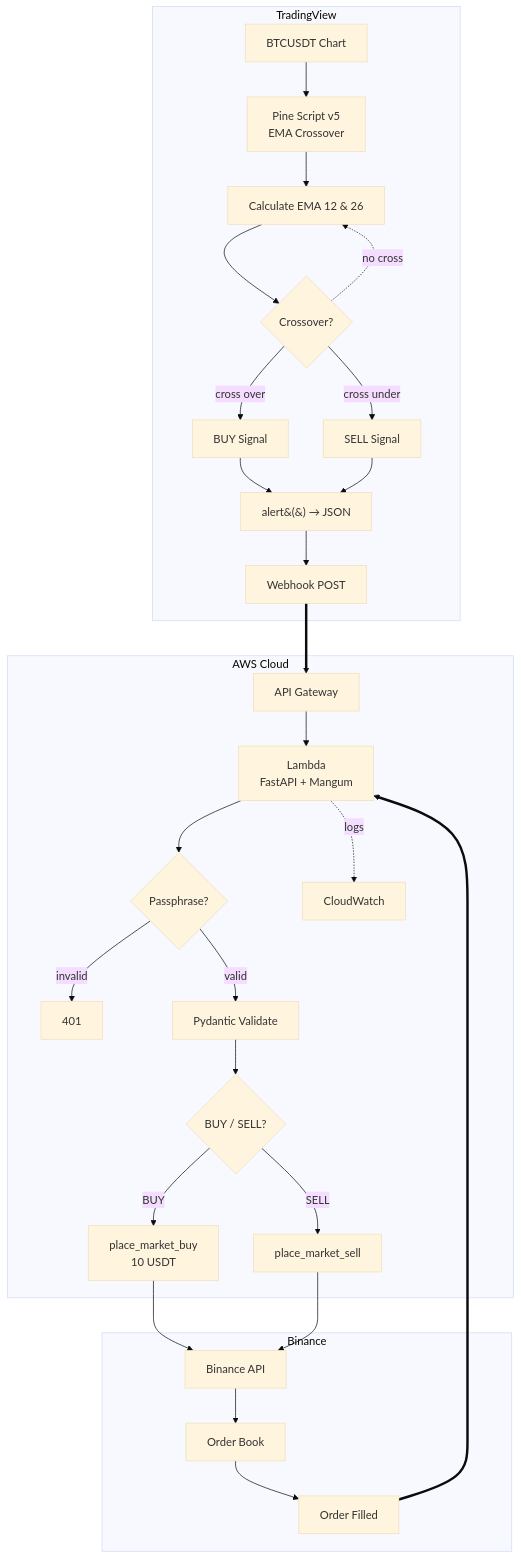
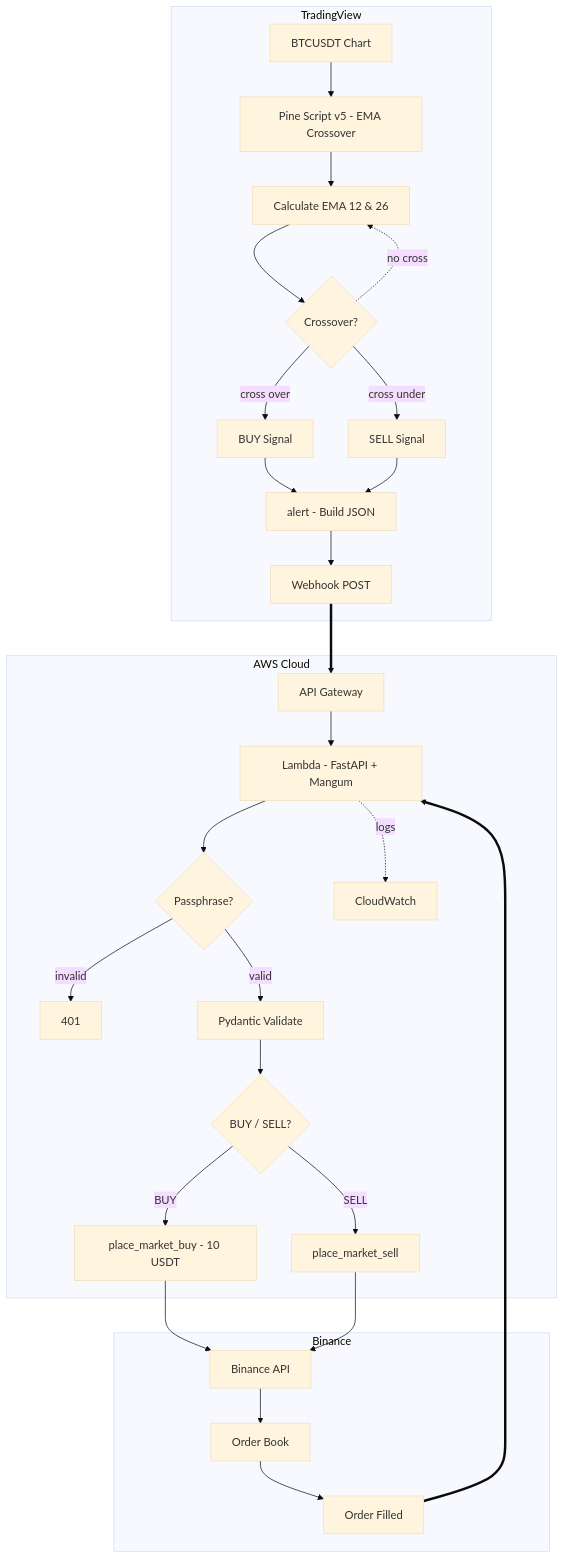
The first of 3 diagrams in docs/ARCHITECTURE.md (frame-set-hub/trading-bot-poc), drawn with Mermaid (base theme) before and after one commit. The commit also changed other lines of this file, not shown here.

Commit message:
docs: Update Mermaid diagram labels for improved readability and conciseness.

````diff
--- a/docs/ARCHITECTURE.md
+++ b/docs/ARCHITECTURE.md
@@ -5,35 +5,35 @@
 ```mermaid
 flowchart TB
     subgraph TV ["TradingView"]
-        CHART["BTCUSDT Chart"] --> PINE["Pine Script v5\nEMA Crossover"]
+        CHART["BTCUSDT Chart"] --> PINE["Pine Script v5 - EMA Crossover"]
         PINE --> EMA["Calculate EMA 12 & 26"]
         EMA --> CHECK{"Crossover?"}
         CHECK -- "cross over" --> BUY["BUY Signal"]
         CHECK -- "cross under" --> SELL["SELL Signal"]
         CHECK -. "no cross" .-> EMA
-        BUY --> ALERT["alert&#40;&#41; → JSON"]
+        BUY --> ALERT["alert - Build JSON"]
         SELL --> ALERT
         ALERT --> HOOK["Webhook POST"]
     end
 
     subgraph AWS ["AWS Cloud"]
-        GW["API Gateway"] --> FN["Lambda\nFastAPI + Mangum"]
+        GW["API Gateway"] --> FN["Lambda - FastAPI + Mangum"]
         FN --> AUTH{"Passphrase?"}
         AUTH -- "invalid" --> DENY["401"]
         AUTH -- "valid" --> VAL["Pydantic Validate"]
         VAL --> ACT{"BUY / SELL?"}
-        ACT -- "BUY" --> MBUY["place_market_buy\n10 USDT"]
+        ACT -- "BUY" --> MBUY["place_market_buy - 10 USDT"]
         ACT -- "SELL" --> MSELL["place_market_sell"]
         FN -. "logs" .-> CW["CloudWatch"]
     end
 
     subgraph BIN ["Binance"]
         API["Binance API"] --> BOOK["Order Book"]
         BOOK --> OK["Order Filled"]
     end
 
     HOOK ==> GW
     MBUY --> API
     MSELL --> API
     OK ==> FN
 ```
````
